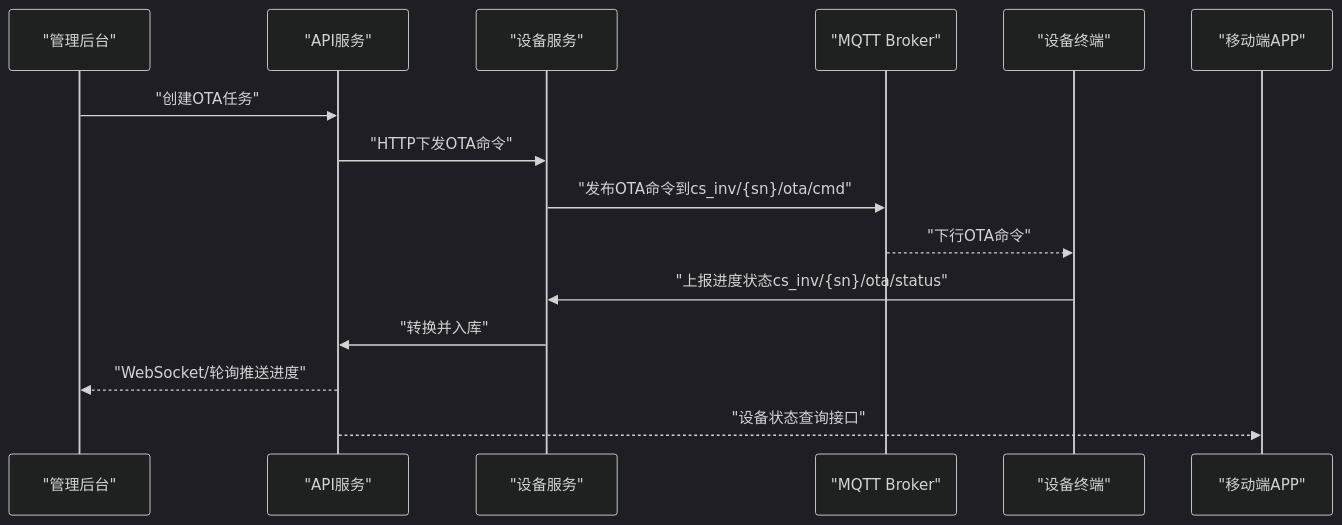
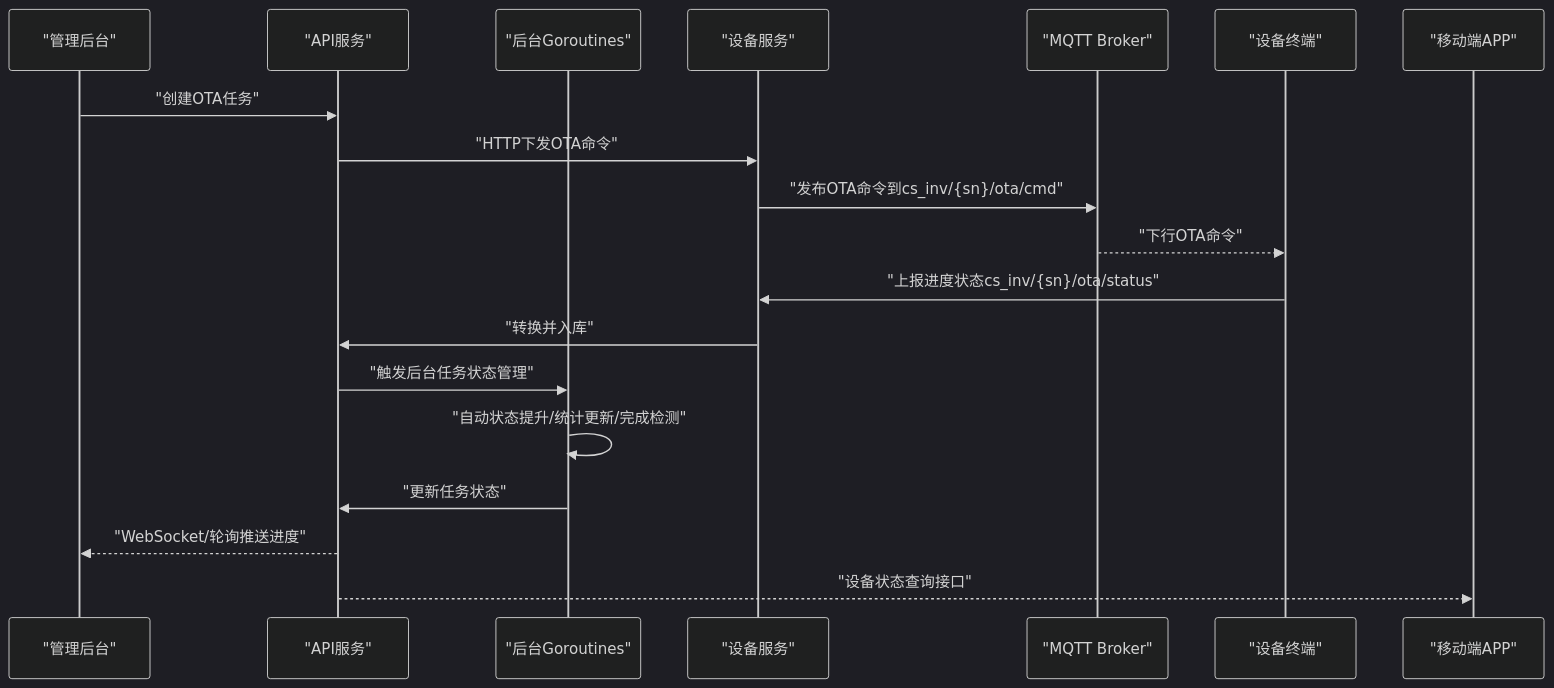
Before and after one commit to mcmrzy/cs_inv_monitor-develop: the second of 11 diagrams in .qoder/repowiki/zh/content/OTA升级系统/OTA任务调度/OTA进度跟踪.md, drawn with Mermaid (dark theme). The commit also changed other lines of this file and 28 other files, not shown here.

````diff
--- a/.qoder/repowiki/zh/content/OTA升级系统/OTA任务调度/OTA进度跟踪.md
+++ b/.qoder/repowiki/zh/content/OTA升级系统/OTA任务调度/OTA进度跟踪.md
@@ -138,17 +143,21 @@
 ```mermaid
 sequenceDiagram
 participant Admin as "管理后台"
 participant API as "API服务"
+participant BG as "后台Goroutines"
 participant DevSvc as "设备服务"
 participant MQ as "MQTT Broker"
 participant Device as "设备终端"
 participant Mobile as "移动端APP"
 Admin->>API : "创建OTA任务"
 API->>DevSvc : "HTTP下发OTA命令"
 DevSvc->>MQ : "发布OTA命令到cs_inv/{sn}/ota/cmd"
 MQ-->>Device : "下行OTA命令"
 Device->>DevSvc : "上报进度状态cs_inv/{sn}/ota/status"
 DevSvc->>API : "转换并入库"
+API->>BG : "触发后台任务状态管理"
+BG->>BG : "自动状态提升/统计更新/完成检测"
+BG->>API : "更新任务状态"
 API-->>Admin : "WebSocket/轮询推送进度"
 API-->>Mobile : "设备状态查询接口"
 ```
````
